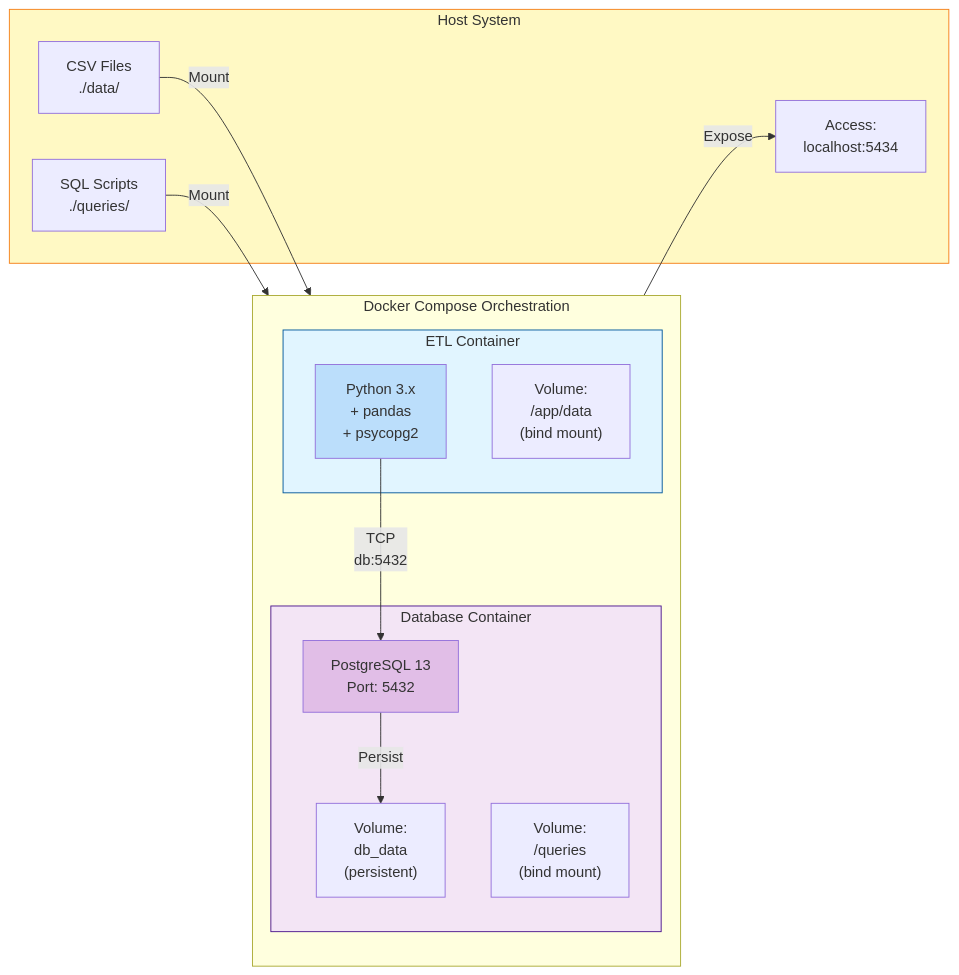
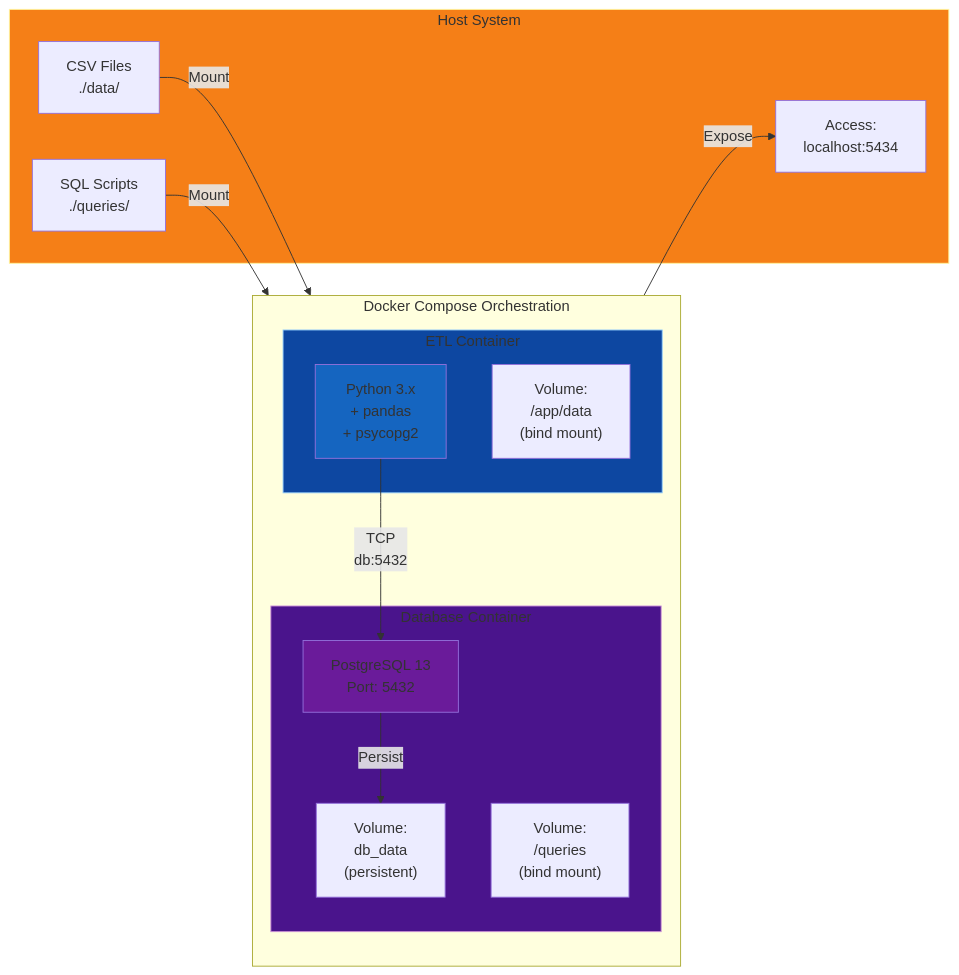
Before and after one commit to hendrakurn/P2-ETL_Ecommerce_Postgres: the fourth of 5 diagrams in README.md, drawn with Mermaid. The commit also changed other lines of this file, not shown here.

````diff
--- a/README.md
+++ b/README.md
@@ -136,35 +138,36 @@
 ```mermaid
 graph LR
     subgraph DC["Docker Compose Orchestration"]
         direction TB
         
         subgraph ETL_C["ETL Container"]
             PY["Python 3.x<br/>+ pandas<br/>+ psycopg2"]
             VOL1["Volume:<br/>/app/data<br/>(bind mount)"]
         end
         
         subgraph DB_C["Database Container"]
             PG["PostgreSQL 13<br/>Port: 5432"]
             VOL2["Volume:<br/>db_data<br/>(persistent)"]
             VOL3["Volume:<br/>/queries<br/>(bind mount)"]
         end
     end
     
     subgraph HOST["Host System"]
         CSV["CSV Files<br/>./data/"]
         SQL["SQL Scripts<br/>./queries/"]
         PORT["Access:<br/>localhost:5434"]
     end
     
     CSV -->|"Mount"| VOL1
     SQL -->|"Mount"| VOL3
     PY -->|"TCP<br/>db:5432"| PG
     PG -->|"Persist"| VOL2
     PG -->|"Expose"| PORT
     
-    style ETL_C fill:#e1f5ff,stroke:#01579b
-    style DB_C fill:#f3e5f5,stroke:#4a148c
-    style HOST fill:#fff9c4,stroke:#f57f17
-    style PY fill:#bbdefb
-    style PG fill:#e1bee7
+    style ETL_C fill:#0d47a1,stroke:#90caf9
+    style DB_C fill:#4a148c,stroke:#ce93d8
+    style HOST fill:#f57f17,stroke:#fff59d
+    style PY fill:#1565c0
+    style PG fill:#6a1b9a
+
 ```
````
